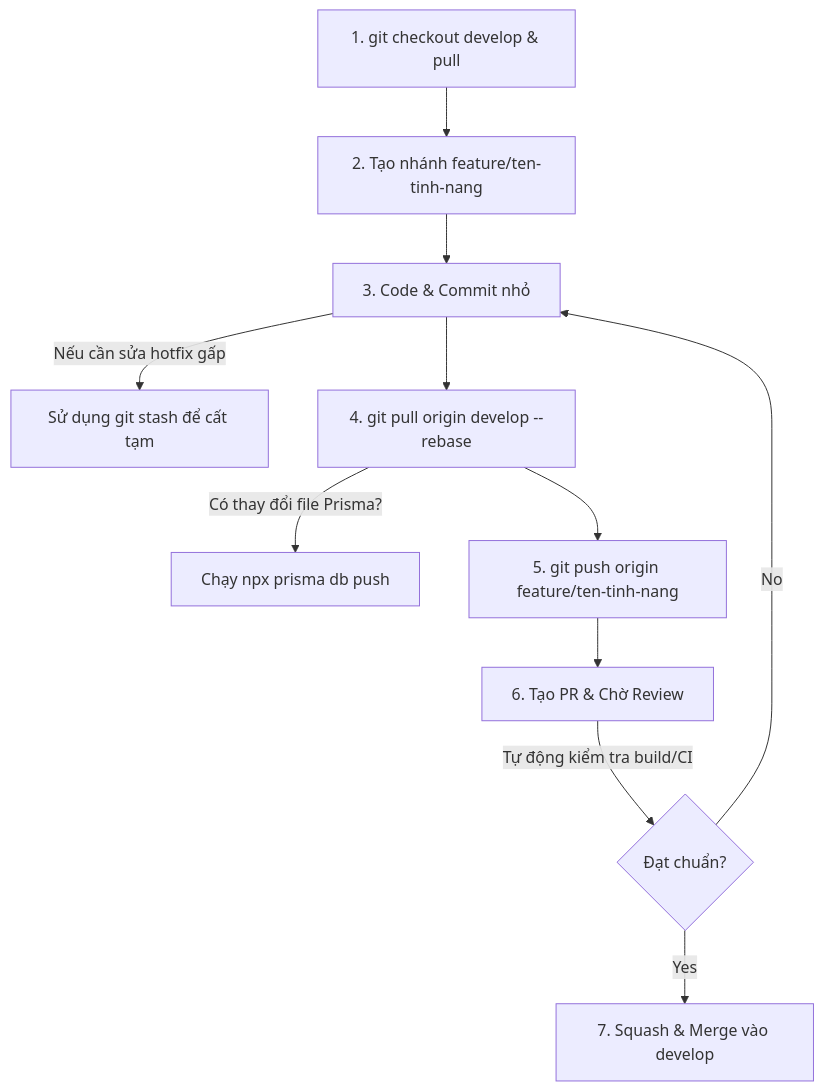
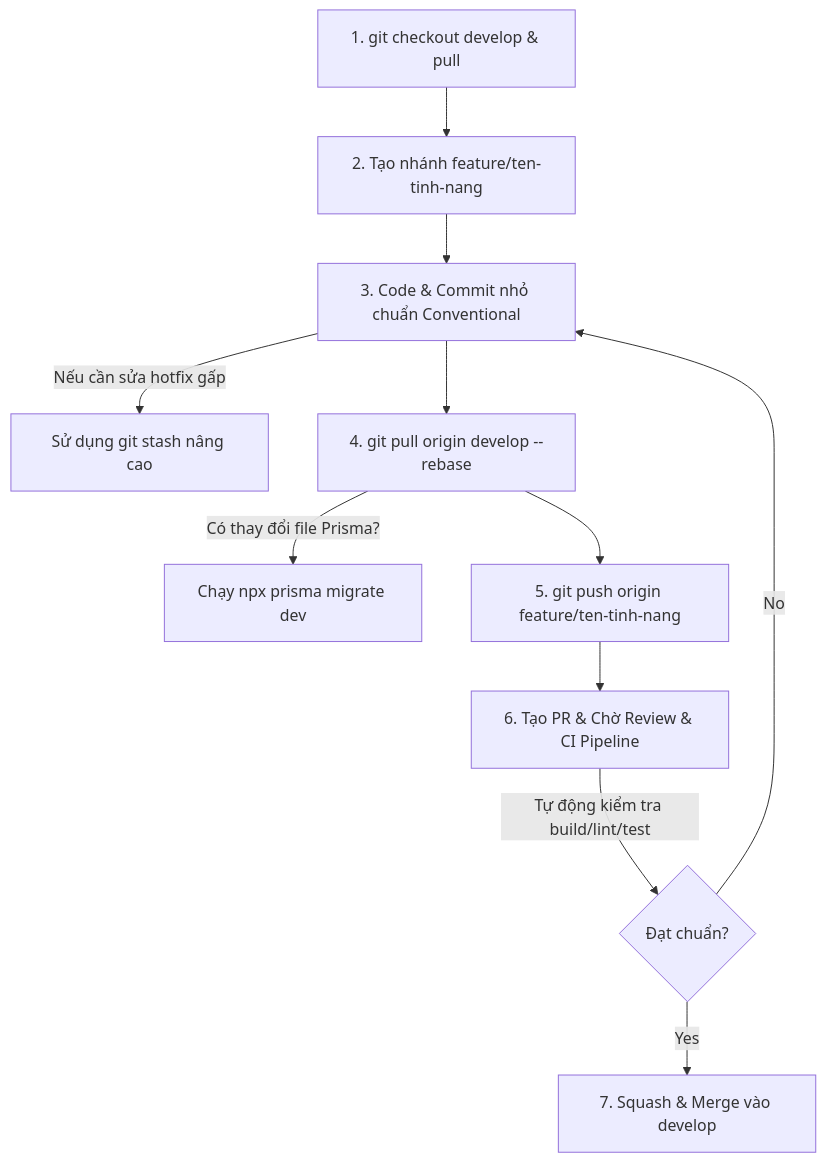
Before and after one commit to ntrungz0704/eduguard-ai: the diagram in CONTRIBUTING.md, drawn with Mermaid. The commit also changed other lines of this file, not shown here.

Commit message:
docs: upgrade CONTRIBUTING.md to Enterprise standards with CI-CD, Prisma Migrations, and Stash workflows

````diff
--- a/CONTRIBUTING.md
+++ b/CONTRIBUTING.md
@@ -9,13 +9,13 @@
 ```mermaid
 graph TD
     A[1. git checkout develop & pull] --> B[2. Tạo nhánh feature/ten-tinh-nang]
-    B --> C[3. Code & Commit nhỏ]
-    C -->|Nếu cần sửa hotfix gấp| D[Sử dụng git stash để cất tạm]
+    B --> C[3. Code & Commit nhỏ chuẩn Conventional]
+    C -->|Nếu cần sửa hotfix gấp| D[Sử dụng git stash nâng cao]
     C --> E[4. git pull origin develop --rebase]
-    E -->|Có thay đổi file Prisma?| F[Chạy npx prisma db push]
+    E -->|Có thay đổi file Prisma?| F[Chạy npx prisma migrate dev]
     E --> G[5. git push origin feature/ten-tinh-nang]
-    G --> H[6. Tạo PR & Chờ Review]
-    H -->|Tự động kiểm tra build/CI| I{Đạt chuẩn?}
+    G --> H[6. Tạo PR & Chờ Review & CI Pipeline]
+    H -->|Tự động kiểm tra build/lint/test| I{Đạt chuẩn?}
     I -->|Yes| J[7. Squash & Merge vào develop]
     I -->|No| C
 ```
````
